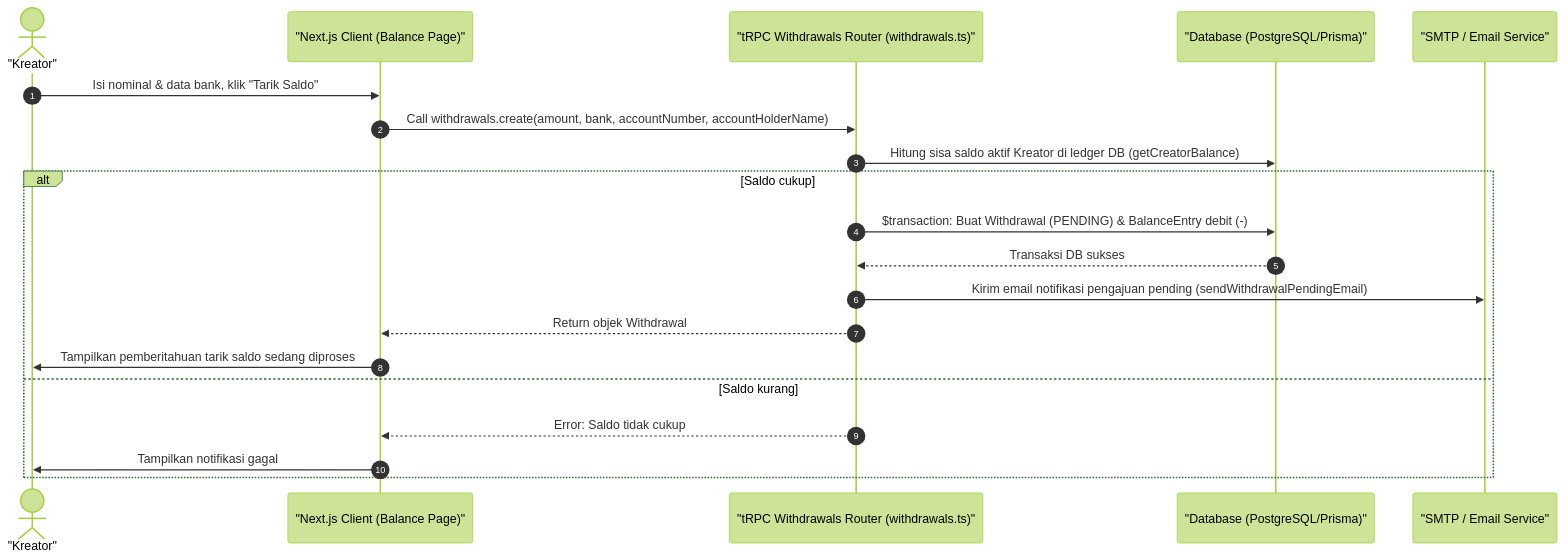
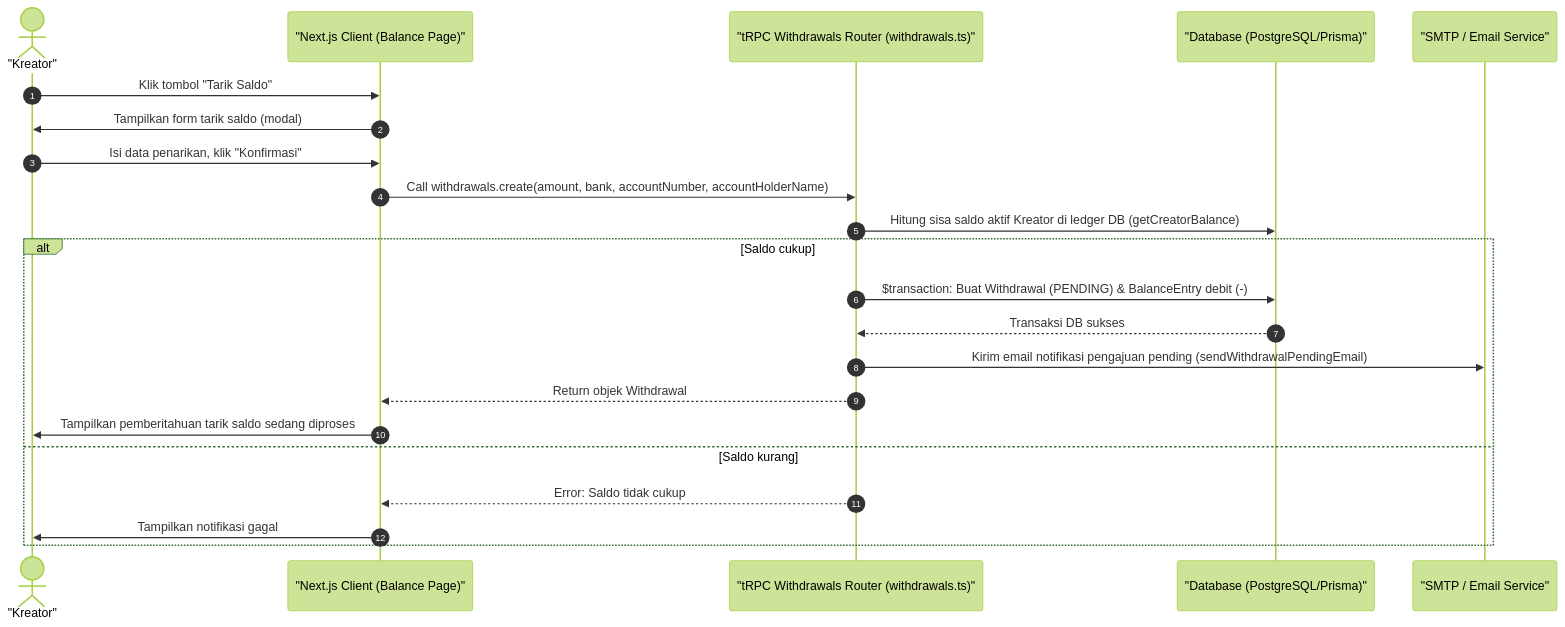
The diagram in docs/29-creator-withdrawal-request.md (luputer/CuanIN), drawn with Mermaid (forest theme) before and after one commit. The commit also changed 7 other files, not shown here.

Commit message:
perbaiki sequence

````diff
--- a/docs/29-creator-withdrawal-request.md
+++ b/docs/29-creator-withdrawal-request.md
@@ -5,24 +5,26 @@
 ```mermaid
 sequenceDiagram
     autonumber
     actor Creator as "Kreator"
     participant Client as "Next.js Client (Balance Page)"
     participant Server as "tRPC Withdrawals Router (withdrawals.ts)"
     participant DB as "Database (PostgreSQL/Prisma)"
     participant SMTP as "SMTP / Email Service"
 
-    Creator->>Client: Isi nominal & data bank, klik "Tarik Saldo"
+    Creator->>Client: Klik tombol "Tarik Saldo"
+    Client->>Creator: Tampilkan form tarik saldo (modal)
+    Creator->>Client: Isi data penarikan, klik "Konfirmasi"
     Client->>Server: Call withdrawals.create(amount, bank, accountNumber, accountHolderName)
     Server->>DB: Hitung sisa saldo aktif Kreator di ledger DB (getCreatorBalance)
     alt Saldo cukup
         Server->>DB: $transaction: Buat Withdrawal (PENDING) & BalanceEntry debit (-)
         DB-->>Server: Transaksi DB sukses
         Server->>SMTP: Kirim email notifikasi pengajuan pending (sendWithdrawalPendingEmail)
         Server-->>Client: Return objek Withdrawal
         Client->>Creator: Tampilkan pemberitahuan tarik saldo sedang diproses
     else Saldo kurang
         Server-->>Client: Error: Saldo tidak cukup
         Client->>Creator: Tampilkan notifikasi gagal
     end
 
 ```
````
